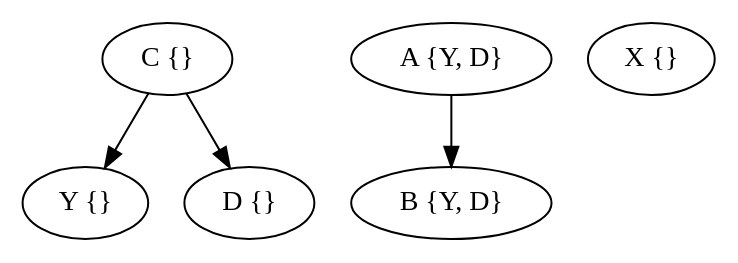
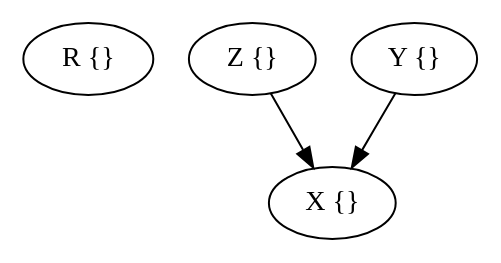
Before and after one commit to GiovA07/Pointer_Analysis: the diagram in output/grafo.dot, drawn with Graphviz. The commit also changed 5 other files, not shown here.

Commit message:
change name functions in graph and comments in some functions

```diff
--- a/output/grafo.dot
+++ b/output/grafo.dot
@@ -1,12 +1,9 @@
 digraph{
 rankdir=TB;
-C [label="C {}"];
+R [label="R {}"];
+Z [label="Z {}"];
+X [label="X {}"];
 Y [label="Y {}"];
-B [label="B {Y, D}"];
-A [label="A {Y, D}"];
-X [label="X {}"];
-D [label="D {}"];
-C -> Y;
-C -> D;
-A -> B;
+Z -> X;
+Y -> X;
 }
```
